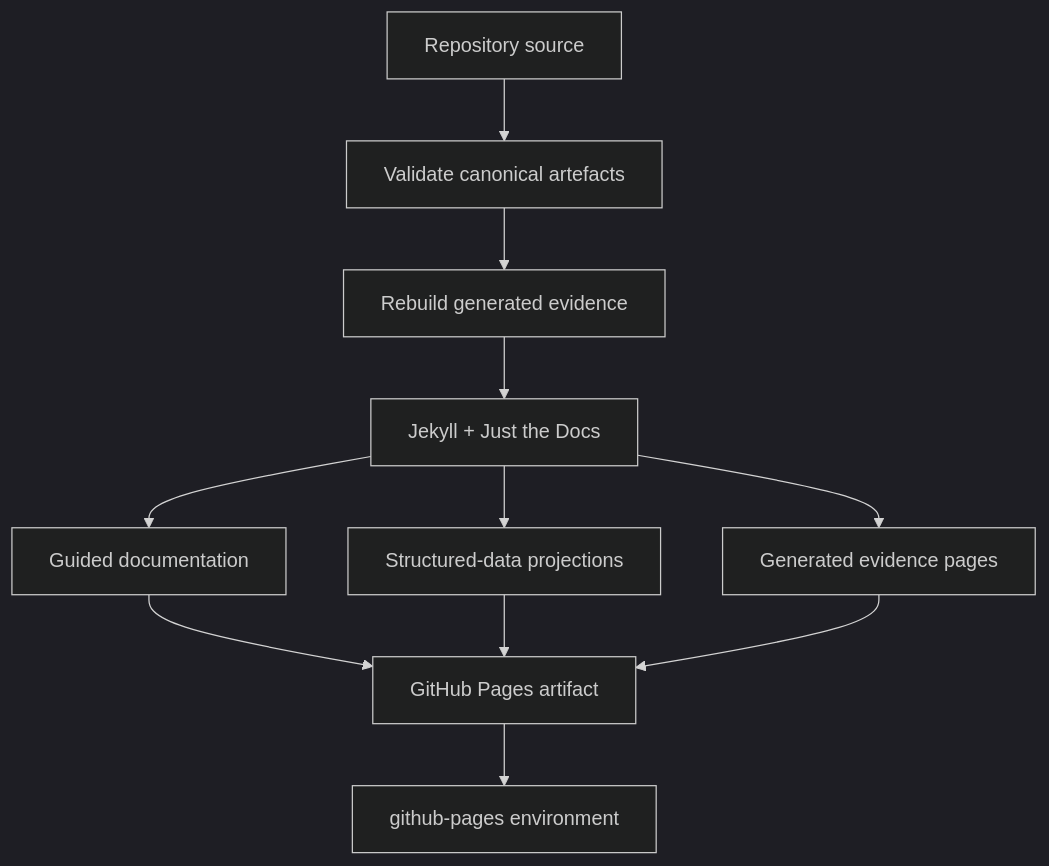
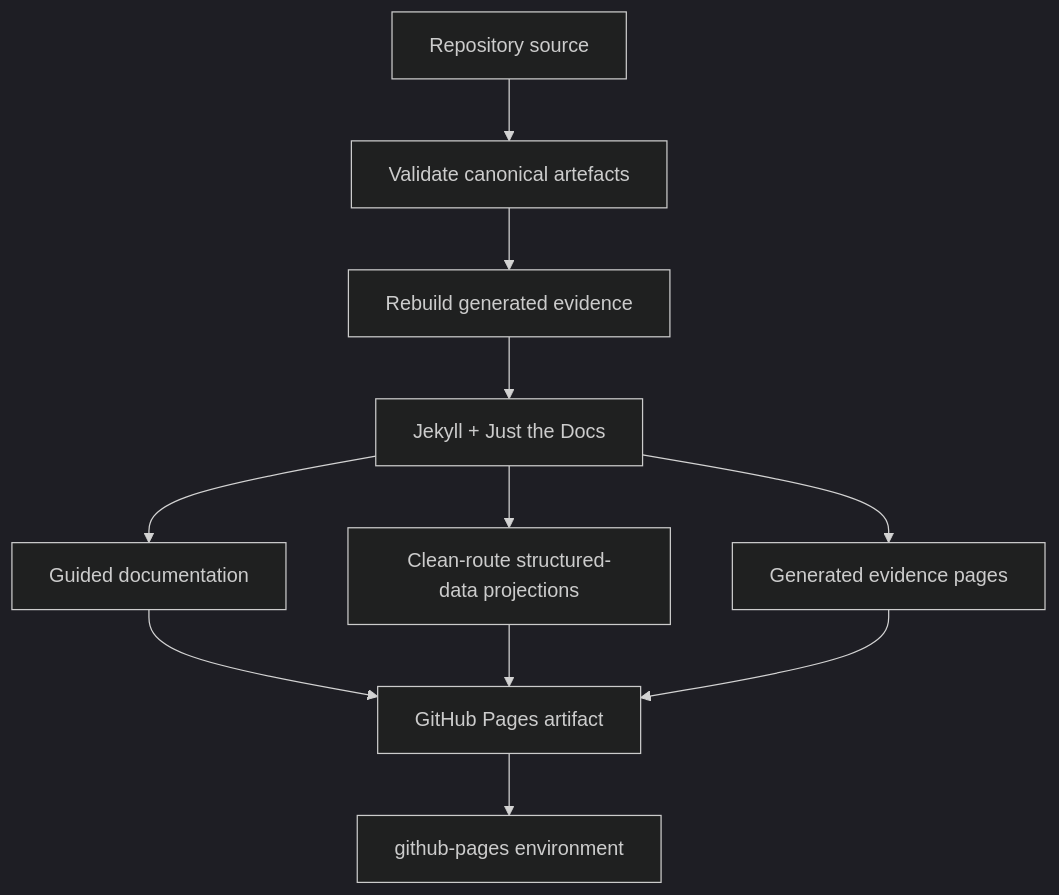
Before and after one commit to sankarshanmukhopadhyay/dtgwg-rahp-tf: the diagram in docs/pages-coverage.md, drawn with Mermaid (dark theme). The commit also changed other lines of this file and 13 other files, not shown here.

First line of the commit message:
fix(pages): render structured corpora and method catalogues on clean routes

````diff
--- a/docs/pages-coverage.md
+++ b/docs/pages-coverage.md
@@ -28,13 +28,13 @@
 ```mermaid
 flowchart TB
     SRC[Repository source] --> VAL[Validate canonical artefacts]
     VAL --> GEN[Rebuild generated evidence]
     GEN --> JTD[Jekyll + Just the Docs]
     JTD --> DOCS[Guided documentation]
-    JTD --> DATA[Structured-data projections]
+    JTD --> DATA[Clean-route structured-data projections]
     JTD --> EVID[Generated evidence pages]
     DOCS --> SITE[GitHub Pages artifact]
     DATA --> SITE
     EVID --> SITE
     SITE --> DEPLOY[github-pages environment]
 ```
````
